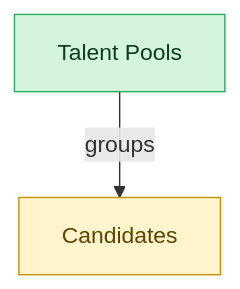
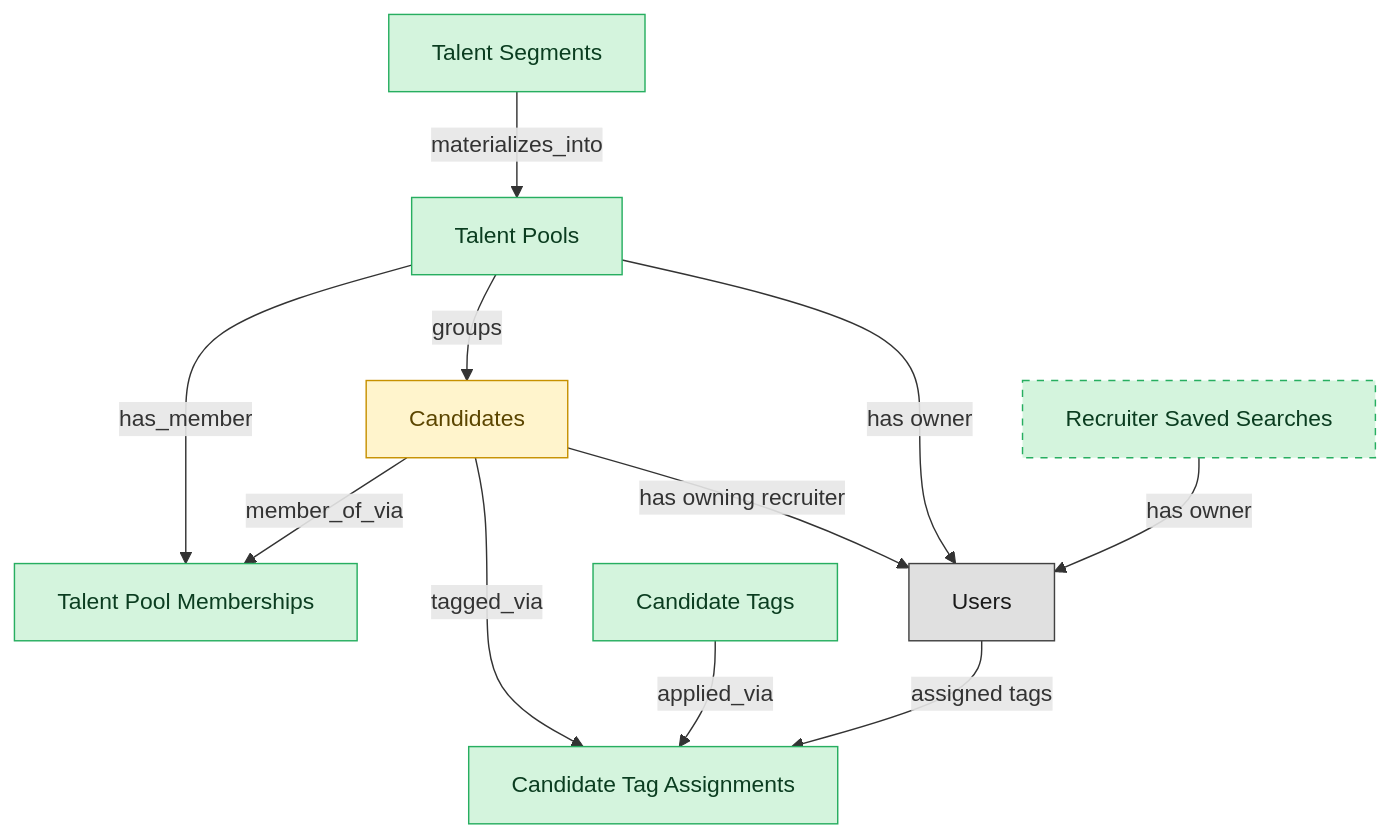
One commit to semantius/semantius changed the diagram in blueprints/ats-talent-pools-semantic-blueprint.md. Above: the diagram before and after it, drawn with Mermaid. The commit also changed other lines of this file and 255 other files, not shown here.

````diff
--- a/blueprints/ats-talent-pools-semantic-blueprint.md
+++ b/blueprints/ats-talent-pools-semantic-blueprint.md
@@ -27,10 +36,33 @@
 ```mermaid
 flowchart TD
   classDef master fill:#d4f4dd,stroke:#27ae60,color:#0b3d20;
   classDef embedded_master fill:#fff4cc,stroke:#c79100,color:#5b4500;
+  classDef platform_builtin fill:#e0e0e0,stroke:#424242,color:#1a1a1a;
   talent_pools["Talent Pools"]
   candidates["Candidates"]
+  talent_pool_memberships["Talent Pool Memberships"]
+  talent_segments["Talent Segments"]
+  recruiter_saved_searches["Recruiter Saved Searches"]
+  candidate_tags["Candidate Tags"]
+  candidate_tag_assignments["Candidate Tag Assignments"]
+  users["Users"]
+  talent_pools -->|"has_member"| talent_pool_memberships
+  candidates -->|"member_of_via"| talent_pool_memberships
+  talent_segments -->|"materializes_into"| talent_pools
+  candidates -->|"tagged_via"| candidate_tag_assignments
+  candidate_tags -->|"applied_via"| candidate_tag_assignments
   talent_pools -->|"groups"| candidates
+  candidates -->|"has owning recruiter"| users
+  talent_pools -->|"has owner"| users
+  users -->|"assigned tags"| candidate_tag_assignments
+  recruiter_saved_searches -->|"has owner"| users
   class talent_pools master;
   class candidates embedded_master;
+  class talent_pool_memberships master;
+  class talent_segments master;
+  class recruiter_saved_searches master;
+  class candidate_tags master;
+  class candidate_tag_assignments master;
+  class users platform_builtin;
+  style recruiter_saved_searches stroke-dasharray:5 5;
 ```
````
